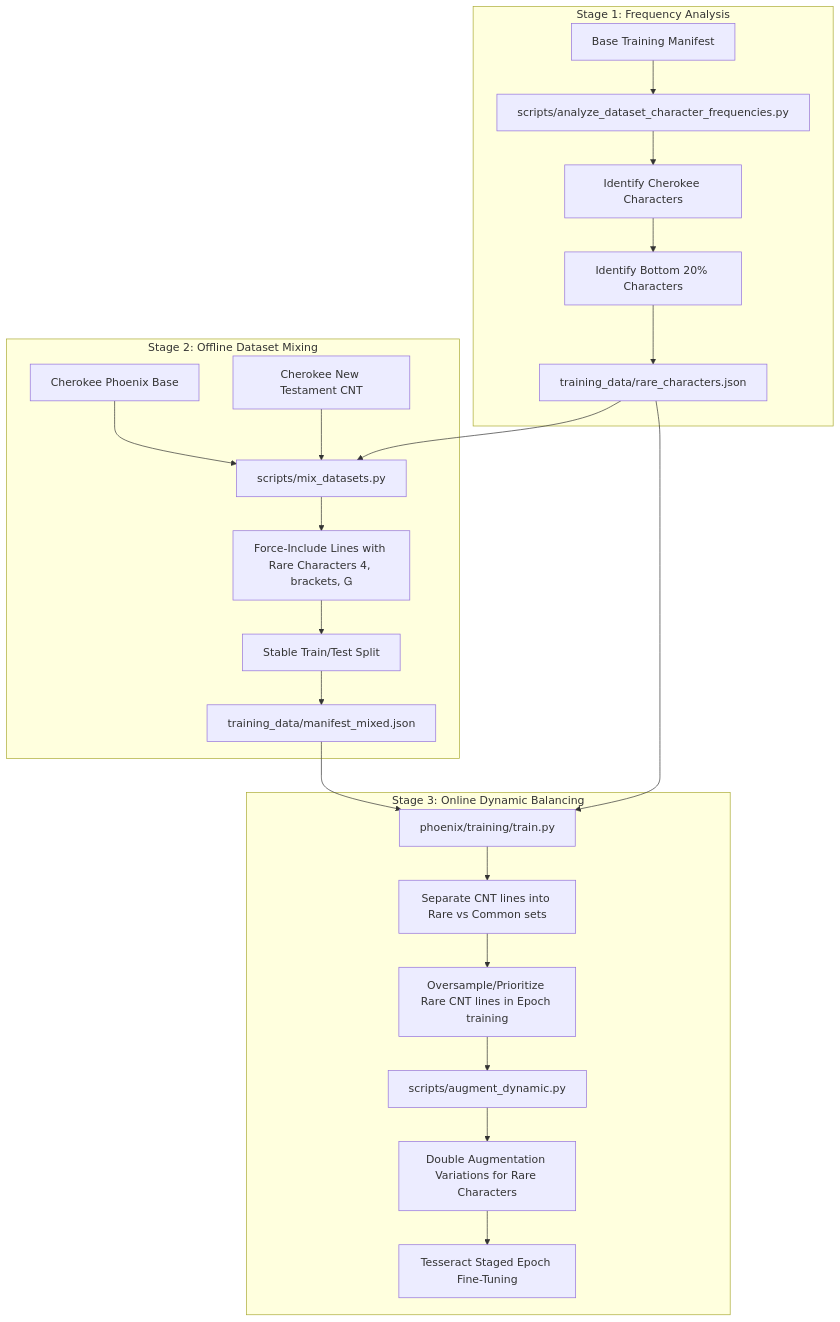
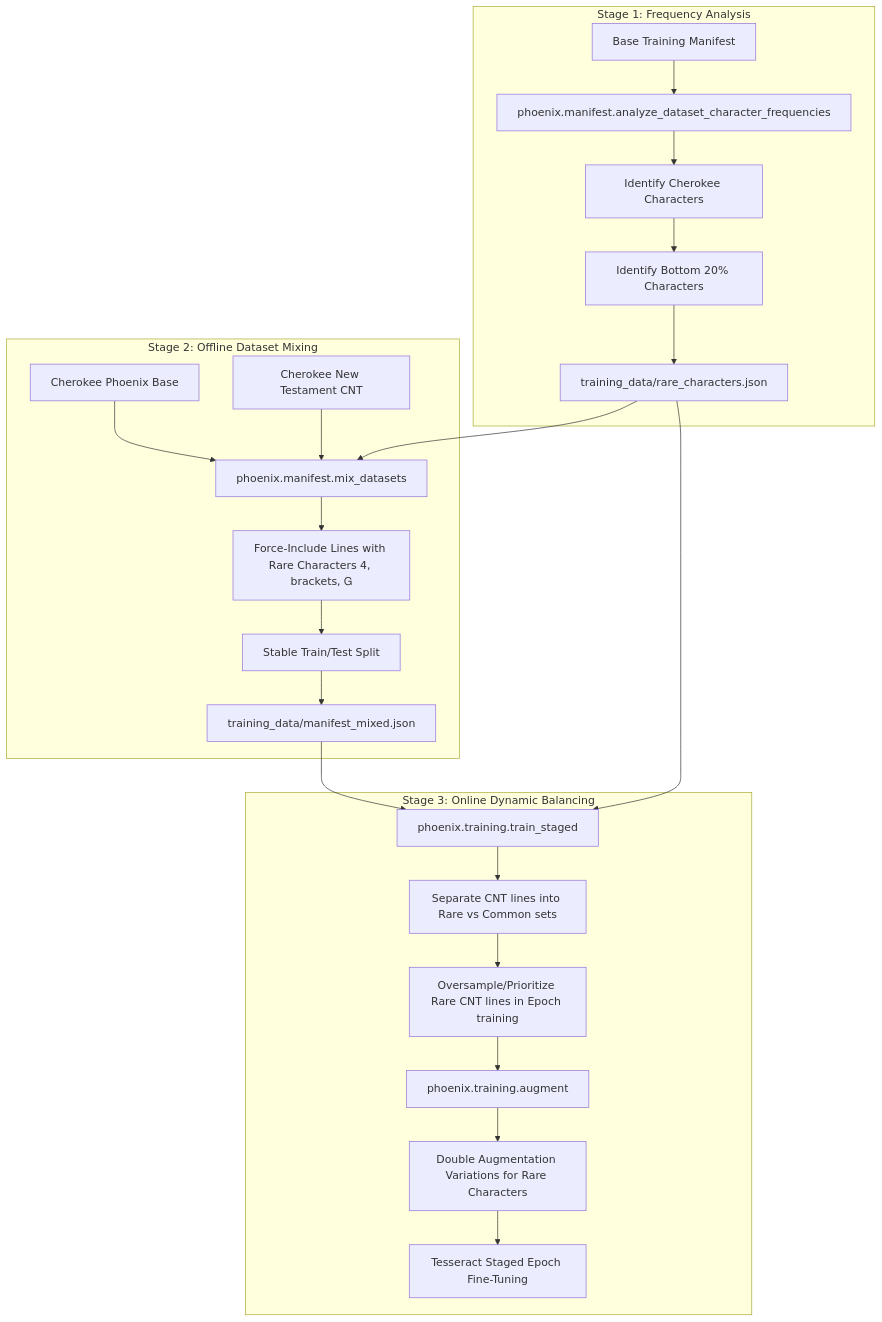
One commit to CharlieMcVicker/chr-ocr changed the diagram in backlog/docs/guides/normalization-unicharset.md. Above: the diagram before and after it, drawn with Mermaid. The commit also changed other lines of this file and 11 other files, not shown here.

````diff
--- a/backlog/docs/guides/normalization-unicharset.md
+++ b/backlog/docs/guides/normalization-unicharset.md
@@ -158,28 +158,28 @@
 ```mermaid
 flowchart TD
     subgraph Stage 1: Frequency Analysis
-        A[Base Training Manifest] --> B[scripts/analyze_dataset_character_frequencies.py]
+        A[Base Training Manifest] --> B[phoenix.manifest.analyze_dataset_character_frequencies]
         B --> C[Identify Cherokee Characters]
         C --> D[Identify Bottom 20% Characters]
         D --> E[training_data/rare_characters.json]
     end
 
     subgraph Stage 2: Offline Dataset Mixing
-        E --> F[scripts/mix_datasets.py]
+        E --> F[phoenix.manifest.mix_datasets]
         G[Cherokee Phoenix Base] --> F
         H[Cherokee New Testament CNT] --> F
         F --> I[Force-Include Lines with Rare Characters 4, brackets, Ꮐ]
         I --> J[Stable Train/Test Split]
         J --> K[training_data/manifest_mixed.json]
     end
 
     subgraph Stage 3: Online Dynamic Balancing
-        K --> L[phoenix/training/train.py]
+        K --> L[phoenix.training.train_staged]
         E --> L
         L --> M[Separate CNT lines into Rare vs Common sets]
         M --> N[Oversample/Prioritize Rare CNT lines in Epoch training]
-        N --> O[scripts/augment_dynamic.py]
+        N --> O[phoenix.training.augment]
         O --> P[Double Augmentation Variations for Rare Characters]
         P --> Q[Tesseract Staged Epoch Fine-Tuning]
     end
 ```
````
